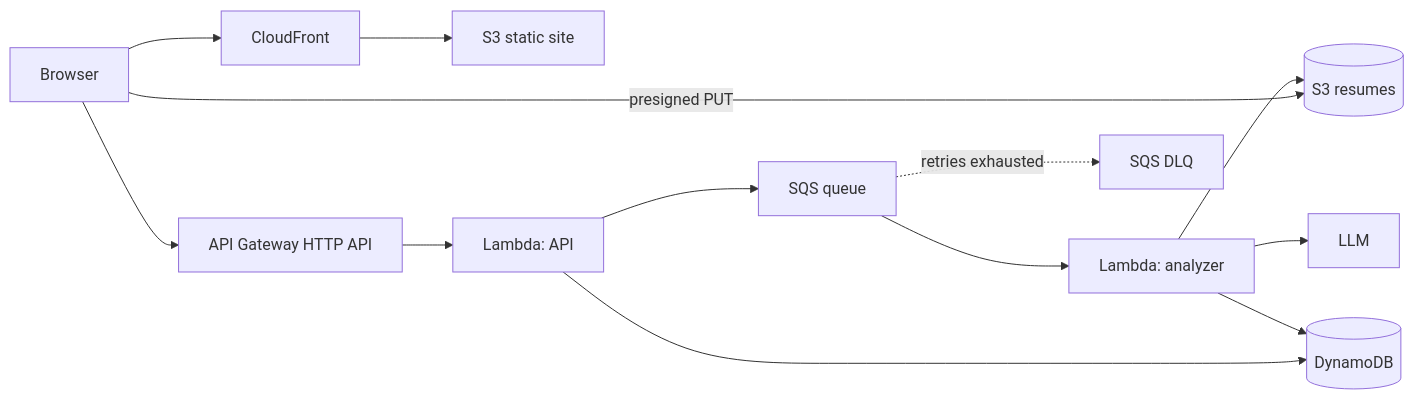
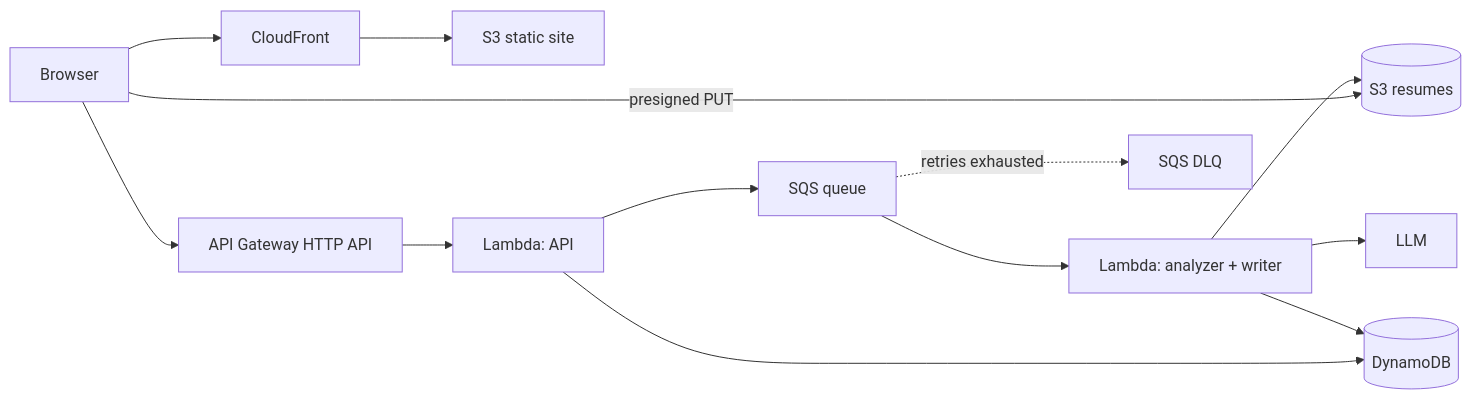
One commit to Kaleugit/jobscope changed the diagram in README.md. Above: the diagram before and after it, drawn with Mermaid. The commit also changed other lines of this file, not shown here.

````diff
--- a/README.md
+++ b/README.md
@@ -18,15 +27,15 @@
 ```mermaid
 graph LR
     U[Browser] --> CF[CloudFront]
     CF --> S3W[S3 static site]
     U -- presigned PUT --> S3R[(S3 resumes)]
     U --> APIGW[API Gateway HTTP API]
     APIGW --> L1[Lambda: API]
     L1 --> DDB[(DynamoDB)]
     L1 --> Q[SQS queue]
-    Q --> L2[Lambda: analyzer]
+    Q --> L2[Lambda: analyzer + writer]
     L2 --> LLM[LLM]
     L2 --> S3R
     L2 --> DDB
     Q -.retries exhausted.-> DLQ[SQS DLQ]
 ```
````
